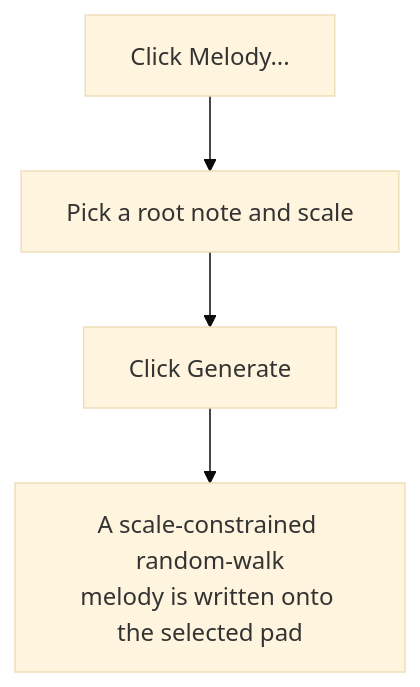
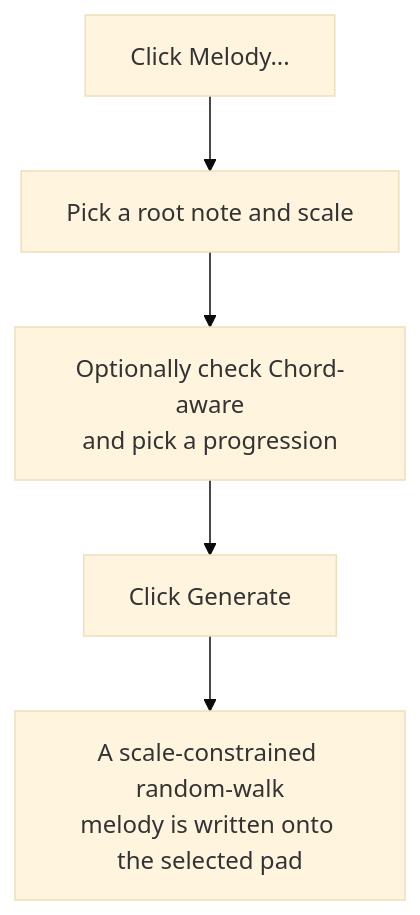
One commit to edensfrequency/boom-bap-producer-pads changed the second of 2 diagrams in docs/usage/modules/keys/keys-tab.md. Above: the diagram before and after it, drawn with Mermaid (base theme). The commit also changed other lines of this file and 7 other files, not shown here.

````diff
--- a/docs/usage/modules/keys/keys-tab.md
+++ b/docs/usage/modules/keys/keys-tab.md
@@ -69,6 +73,7 @@
   ```mermaid
   flowchart TD
       A["Click Melody..."] --> B["Pick a root note and scale"]
-      B --> C["Click Generate"]
-      C --> D["A scale-constrained random-walk\nmelody is written onto the selected pad"]
+      B --> C["Optionally check Chord-aware\nand pick a progression"]
+      C --> D["Click Generate"]
+      D --> E["A scale-constrained random-walk\nmelody is written onto the selected pad"]
   ```
````
